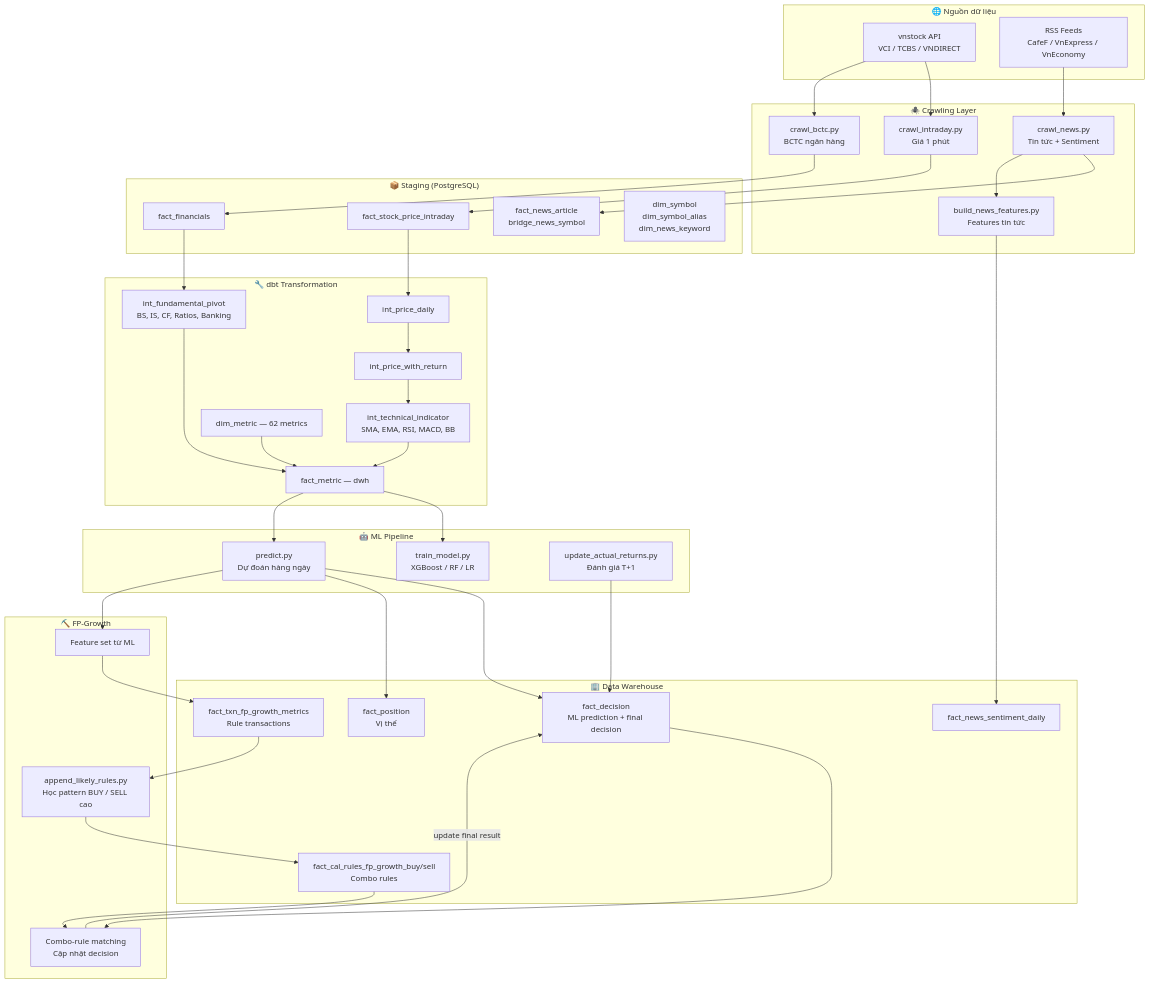
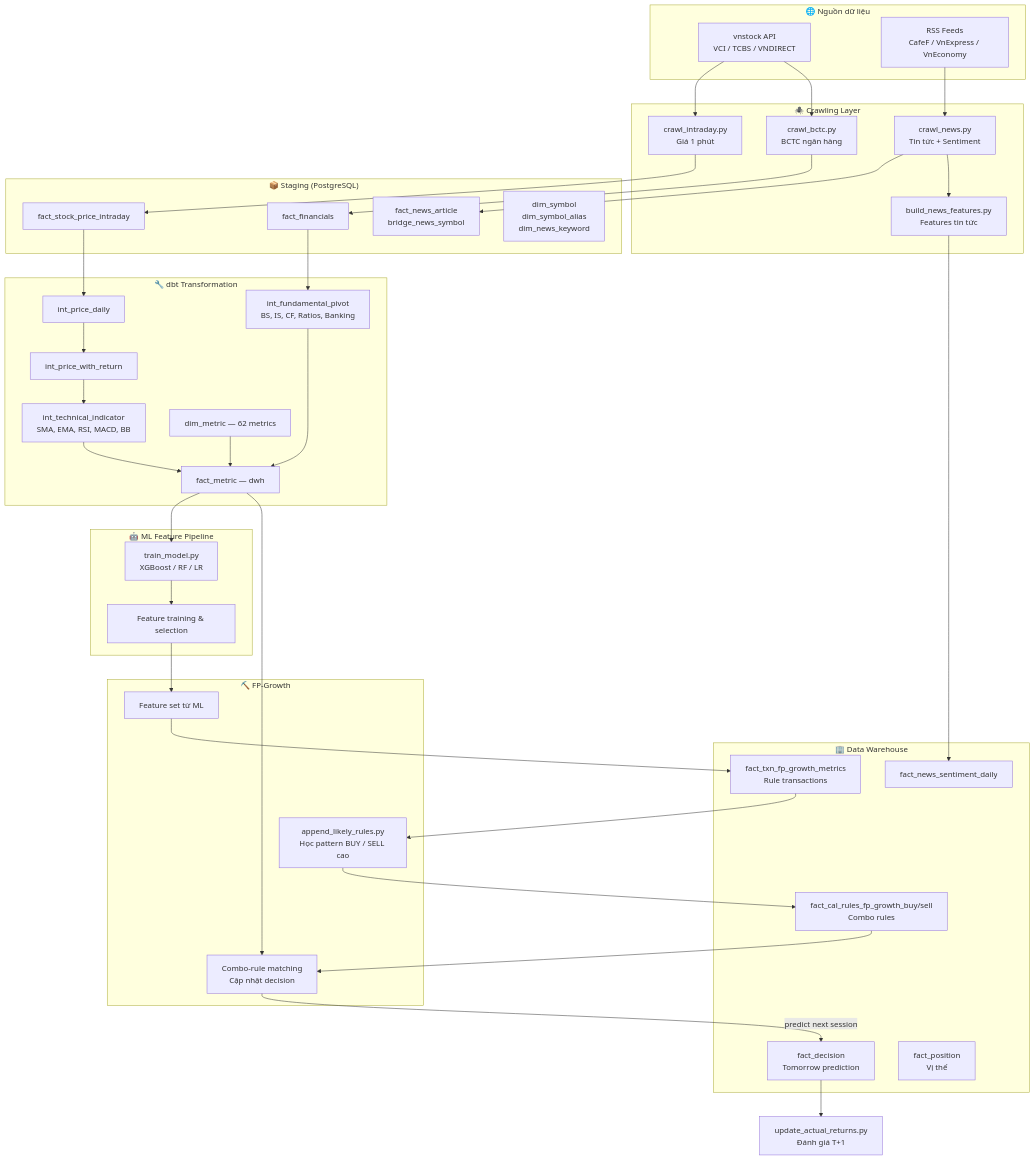
Before and after one commit to Hoai-Viet/Stock_Prediction: the first of 5 diagrams in PROJECT_DOCUMENTATION.md, drawn with Mermaid. The commit also changed other lines of this file and 2 other files, not shown here.

Commit message:
docs: make combo rules the prediction source

````diff
--- a/PROJECT_DOCUMENTATION.md
+++ b/PROJECT_DOCUMENTATION.md
@@ -20,74 +20,74 @@
 ```mermaid
 flowchart TD
     subgraph DATA_SOURCES["🌐 Nguồn dữ liệu"]
         A1[vnstock API<br/>VCI / TCBS / VNDIRECT]
         A2[RSS Feeds<br/>CafeF / VnExpress / VnEconomy]
     end
 
     subgraph CRAWLING["🕷️ Crawling Layer"]
         B1[crawl_intraday.py<br/>Giá 1 phút]
         B2[crawl_bctc.py<br/>BCTC ngân hàng]
         B3[crawl_news.py<br/>Tin tức + Sentiment]
         B4[build_news_features.py<br/>Features tin tức]
     end
 
     subgraph STAGING["📦 Staging (PostgreSQL)"]
         C1[fact_stock_price_intraday]
         C2[fact_financials]
         C3[fact_news_article<br/>bridge_news_symbol]
         C4[dim_symbol<br/>dim_symbol_alias<br/>dim_news_keyword]
     end
 
     subgraph DBT["🔧 dbt Transformation"]
         D1[int_price_daily]
         D2[int_price_with_return]
         D3[int_technical_indicator<br/>SMA, EMA, RSI, MACD, BB]
         D4[int_fundamental_pivot<br/>BS, IS, CF, Ratios, Banking]
         D5[dim_metric — 62 metrics]
         D6[fact_metric — dwh]
     end
 
-    subgraph ML["🤖 ML Pipeline"]
+    subgraph ML["🤖 ML Feature Pipeline"]
         E1[train_model.py<br/>XGBoost / RF / LR]
-        E2[predict.py<br/>Dự đoán hàng ngày]
-        E3[update_actual_returns.py<br/>Đánh giá T+1]
+        E2[Feature training & selection]
     end
 
     subgraph FP_GROWTH["⛏️ FP-Growth"]
         F0[Feature set từ ML]
         F1[append_likely_rules.py<br/>Học pattern BUY / SELL cao]
         F2[Combo-rule matching<br/>Cập nhật decision]
     end
 
     subgraph DWH["🏢 Data Warehouse"]
-        G1[fact_decision<br/>ML prediction + final decision]
+        G1[fact_decision<br/>Tomorrow prediction]
         G2[fact_position<br/>Vị thế]
         G3[fact_cal_rules_fp_growth_buy/sell<br/>Combo rules]
         G5[fact_news_sentiment_daily]
         G6[fact_txn_fp_growth_metrics<br/>Rule transactions]
     end
+
+    E3[update_actual_returns.py<br/>Đánh giá T+1]
 
     A1 --> B1 & B2
     A2 --> B3
     B1 --> C1
     B2 --> C2
     B3 --> C3
     B3 --> B4
     B4 --> G5
 
     C1 --> D1 --> D2 --> D3
     C2 --> D4
     D3 & D4 --> D6
     D5 --> D6
 
-    D6 --> E1 & E2
-    E2 --> G1 & G2
-    E3 --> G1
+    D6 --> E1 --> E2
     E2 --> F0
     F0 --> G6
     G6 --> F1
     F1 --> G3
     G3 --> F2
-    G1 --> F2
-    F2 -->|update final result| G1
+    D6 --> F2
+    F2 -->|predict next session| G1
+    G1 --> E3
 ```
````
